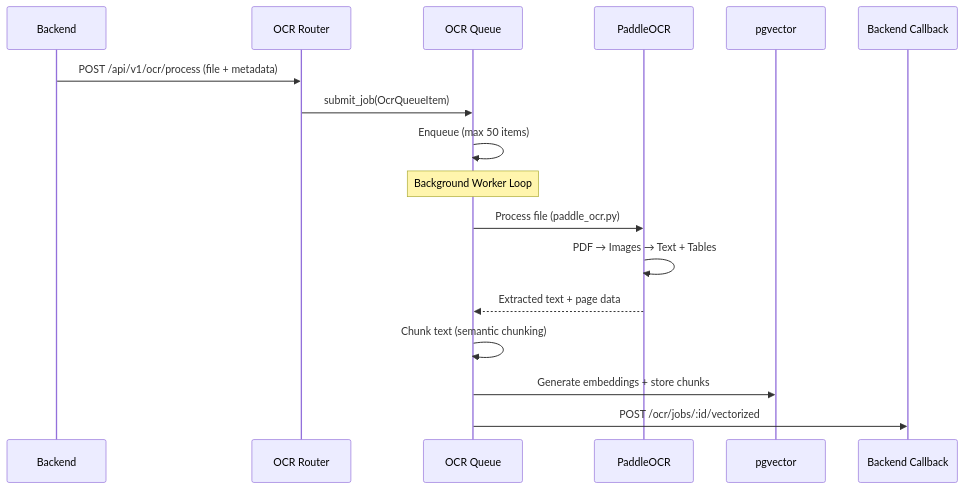
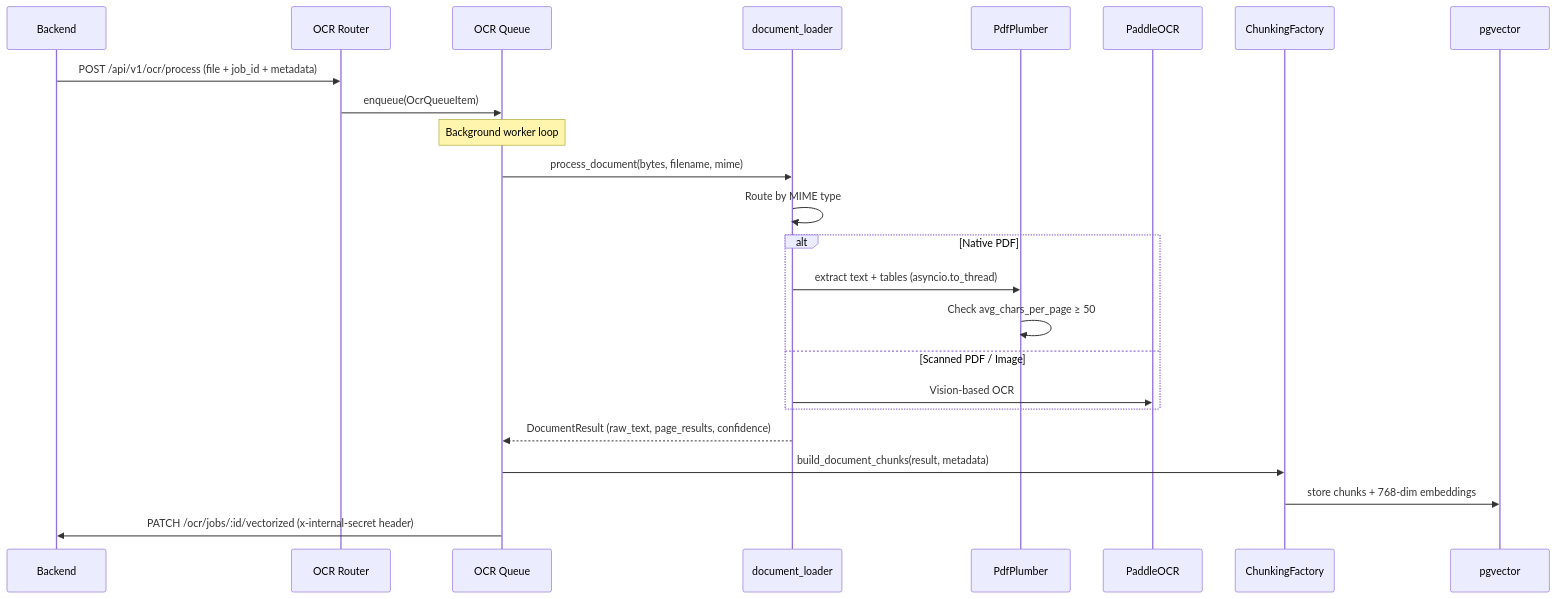
One commit to Addyy-07/CapitalScale changed the fourth of 5 diagrams in project_report.md. Above: the diagram before and after it, drawn with Mermaid. The commit also changed other lines of this file and 3 other files, not shown here.

````diff
--- a/project_report.md
+++ b/project_report.md
@@ -334,21 +354,18 @@
 ```mermaid
 sequenceDiagram
-    participant Backend
-    participant OCR Router
-    participant OCR Queue
-    participant PaddleOCR
-    participant pgvector
-    participant Backend Callback
-
-    Backend->>OCR Router: POST /api/v1/ocr/process (file + metadata)
-    OCR Router->>OCR Queue: submit_job(OcrQueueItem)
-    OCR Queue->>OCR Queue: Enqueue (max 50 items)
-    
-    Note over OCR Queue: Background Worker Loop
-    OCR Queue->>PaddleOCR: Process file (paddle_ocr.py)
-    PaddleOCR->>PaddleOCR: PDF → Images → Text + Tables
-    PaddleOCR-->>OCR Queue: Extracted text + page data
-    OCR Queue->>OCR Queue: Chunk text (semantic chunking)
-    OCR Queue->>pgvector: Generate embeddings + store chunks
-    OCR Queue->>Backend Callback: POST /ocr/jobs/:id/vectorized
+    Backend->>OCR Router: POST /api/v1/ocr/process (file + job_id + metadata)
+    OCR Router->>OCR Queue: enqueue(OcrQueueItem)
+    Note over OCR Queue: Background worker loop
+    OCR Queue->>document_loader: process_document(bytes, filename, mime)
+    document_loader->>document_loader: Route by MIME type
+    alt Native PDF
+        document_loader->>PdfPlumber: extract text + tables (asyncio.to_thread)
+        PdfPlumber->>PdfPlumber: Check avg_chars_per_page ≥ 50
+    else Scanned PDF / Image
+        document_loader->>PaddleOCR: Vision-based OCR
+    end
+    document_loader-->>OCR Queue: DocumentResult (raw_text, page_results, confidence)
+    OCR Queue->>ChunkingFactory: build_document_chunks(result, metadata)
+    ChunkingFactory->>pgvector: store chunks + 768-dim embeddings
+    OCR Queue->>Backend: PATCH /ocr/jobs/:id/vectorized (x-internal-secret header)
 ```
````
